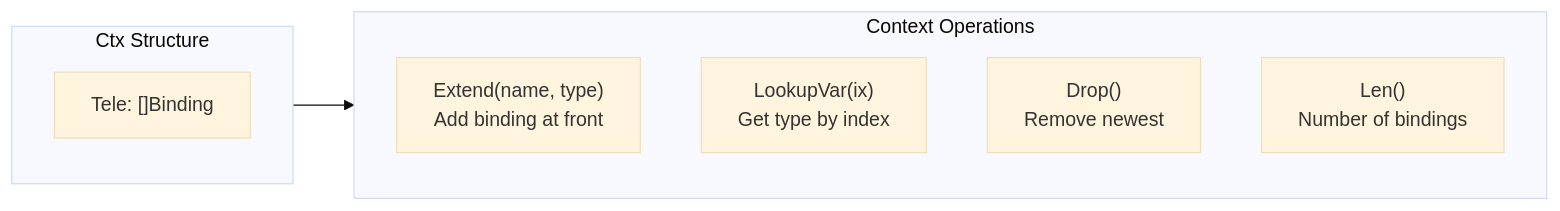
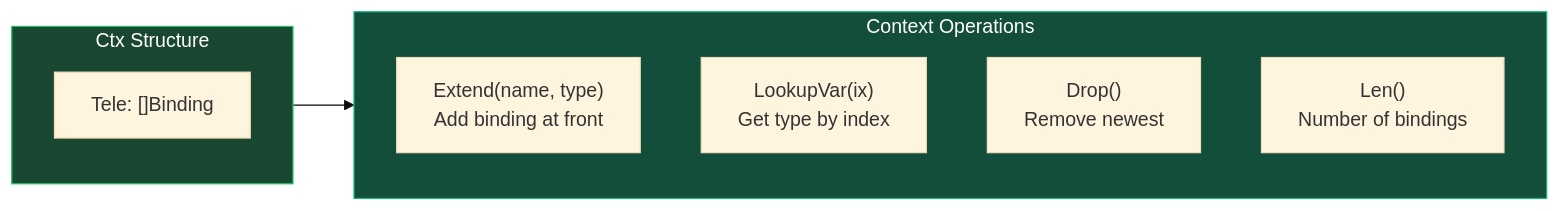
One commit to watchthelight/HypergraphGo changed diagram 19 of 23 in DIAGRAMS.md. Above: the diagram before and after it, drawn with Mermaid (base theme). The commit also changed other lines of this file, not shown here.

First line of the commit message:
docs(diagrams): add master architecture diagram with dark theme

````diff
--- a/DIAGRAMS.md
+++ b/DIAGRAMS.md
@@ -779,15 +1236,18 @@
 ```mermaid
 flowchart LR
     subgraph Ctx["Ctx Structure"]
         Tele["Tele: []Binding"]
     end
 
     subgraph Operations["Context Operations"]
         Extend["Extend(name, type)<br/>Add binding at front"]
         Lookup["LookupVar(ix)<br/>Get type by index"]
         Drop["Drop()<br/>Remove newest"]
         Len["Len()<br/>Number of bindings"]
     end
 
     Ctx --> Operations
+
+    style Ctx fill:#1a4731,stroke:#22c55e,color:#fff
+    style Operations fill:#134e3a,stroke:#10b981,color:#fff
 ```
````
